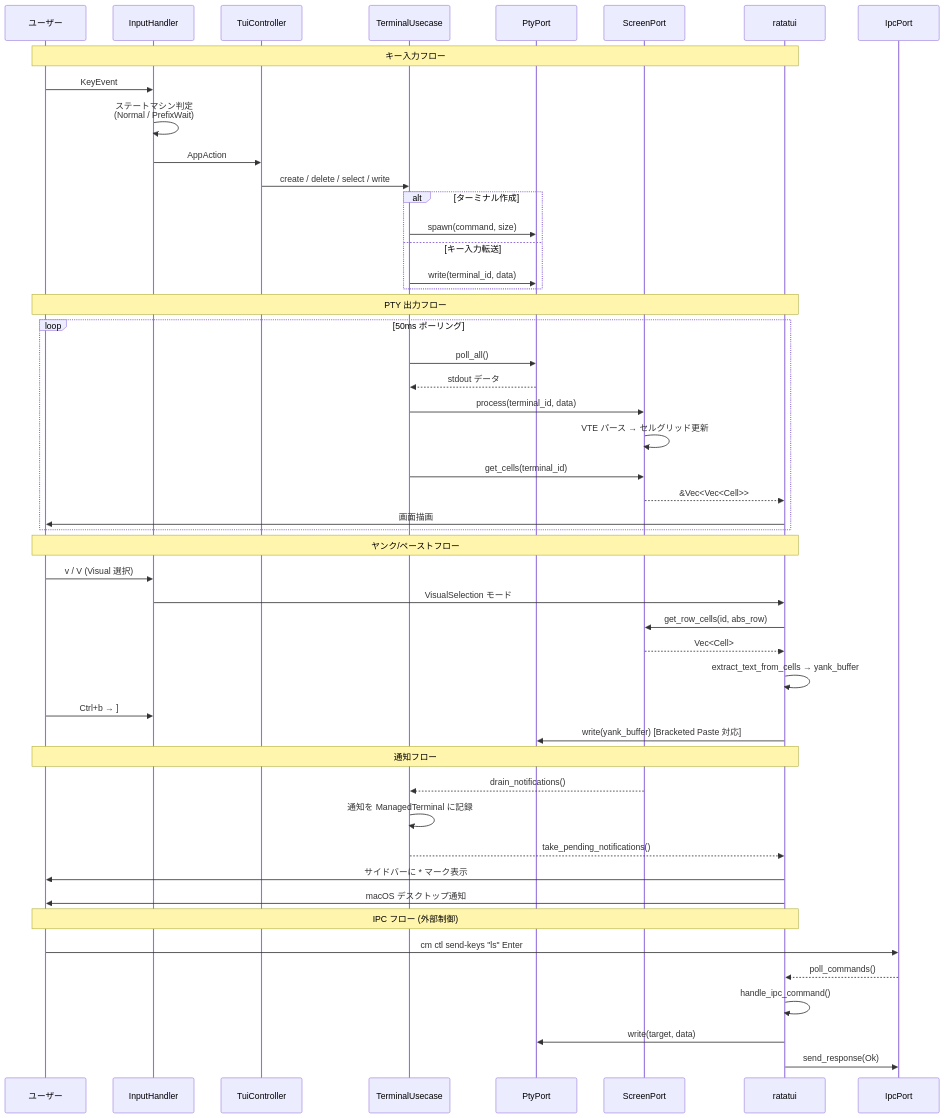
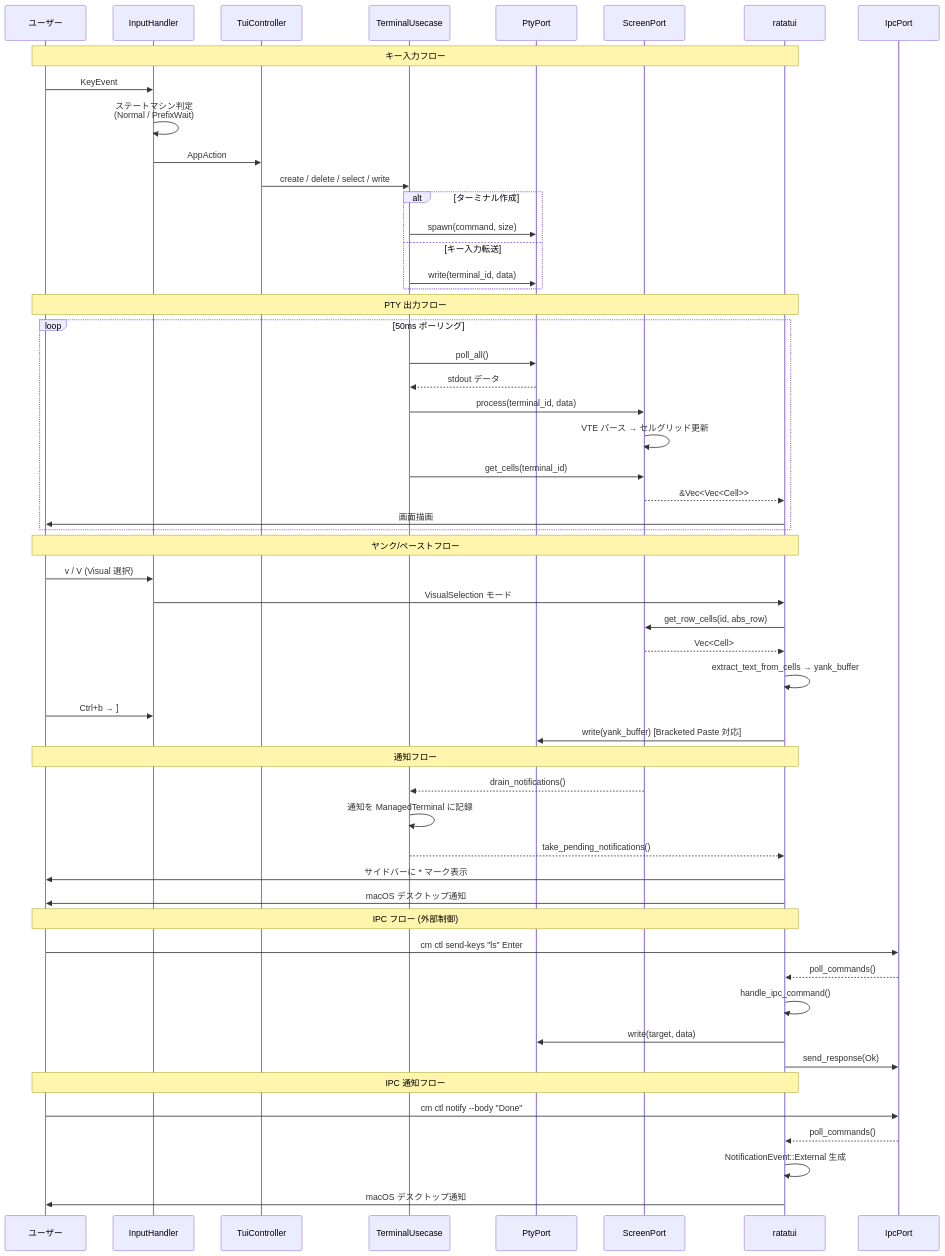
One commit to Kobayashi-takumi/cli-manager changed the fifth of 6 diagrams in README.md. Above: the diagram before and after it, drawn with Mermaid. The commit also changed other lines of this file and 8 other files, not shown here.

First line of the commit message:
Add IPC notify command for desktop notifications and Claude Code Hooks integration (Phase 21)

````diff
--- a/README.md
+++ b/README.md
@@ -484,57 +484,63 @@
 ```mermaid
 sequenceDiagram
     participant User as ユーザー
     participant Input as InputHandler
     participant Ctrl as TuiController
     participant UC as TerminalUsecase
     participant PTY as PtyPort
     participant Screen as ScreenPort
     participant TUI as ratatui
 
     Note over User,TUI: キー入力フロー
     User->>Input: KeyEvent
     Input->>Input: ステートマシン判定<br/>(Normal / PrefixWait)
     Input->>Ctrl: AppAction
     Ctrl->>UC: create / delete / select / write
 
     alt ターミナル作成
         UC->>PTY: spawn(command, size)
     else キー入力転送
         UC->>PTY: write(terminal_id, data)
     end
 
     Note over User,TUI: PTY 出力フロー
     loop 50ms ポーリング
         UC->>PTY: poll_all()
         PTY-->>UC: stdout データ
         UC->>Screen: process(terminal_id, data)
         Screen->>Screen: VTE パース → セルグリッド更新
         UC->>Screen: get_cells(terminal_id)
         Screen-->>TUI: &Vec<Vec<Cell>>
         TUI->>User: 画面描画
     end
 
     Note over User,TUI: ヤンク/ペーストフロー
     User->>Input: v / V (Visual 選択)
     Input->>TUI: VisualSelection モード
     TUI->>Screen: get_row_cells(id, abs_row)
     Screen-->>TUI: Vec<Cell>
     TUI->>TUI: extract_text_from_cells → yank_buffer
     User->>Input: Ctrl+b → ]
     TUI->>PTY: write(yank_buffer) [Bracketed Paste 対応]
 
     Note over User,TUI: 通知フロー
     Screen-->>UC: drain_notifications()
     UC->>UC: 通知を ManagedTerminal に記録
     UC-->>TUI: take_pending_notifications()
     TUI->>User: サイドバーに * マーク表示
     TUI->>User: macOS デスクトップ通知
 
     Note over User,TUI: IPC フロー (外部制御)
     participant IPC as IpcPort
     User->>IPC: cm ctl send-keys "ls" Enter
     IPC-->>TUI: poll_commands()
     TUI->>TUI: handle_ipc_command()
     TUI->>PTY: write(target, data)
     TUI->>IPC: send_response(Ok)
+
+    Note over User,TUI: IPC 通知フロー
+    User->>IPC: cm ctl notify --body "Done"
+    IPC-->>TUI: poll_commands()
+    TUI->>TUI: NotificationEvent::External 生成
+    TUI->>User: macOS デスクトップ通知
 ```
````
